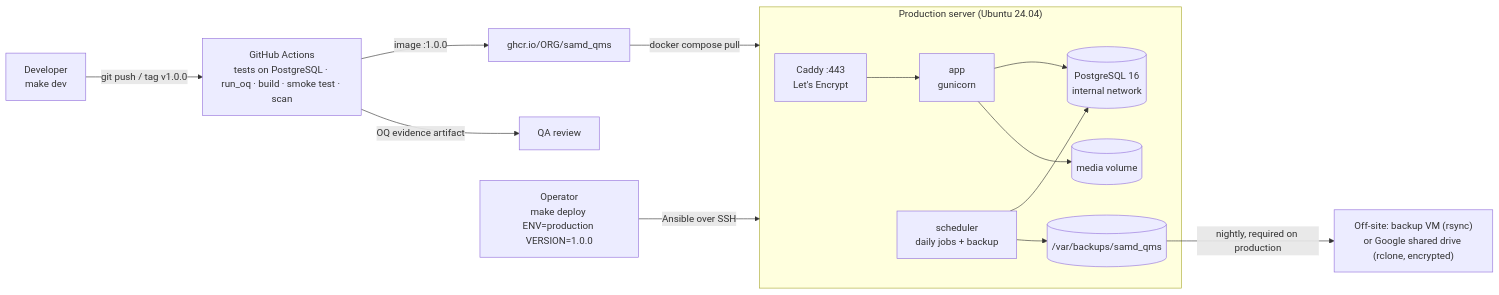
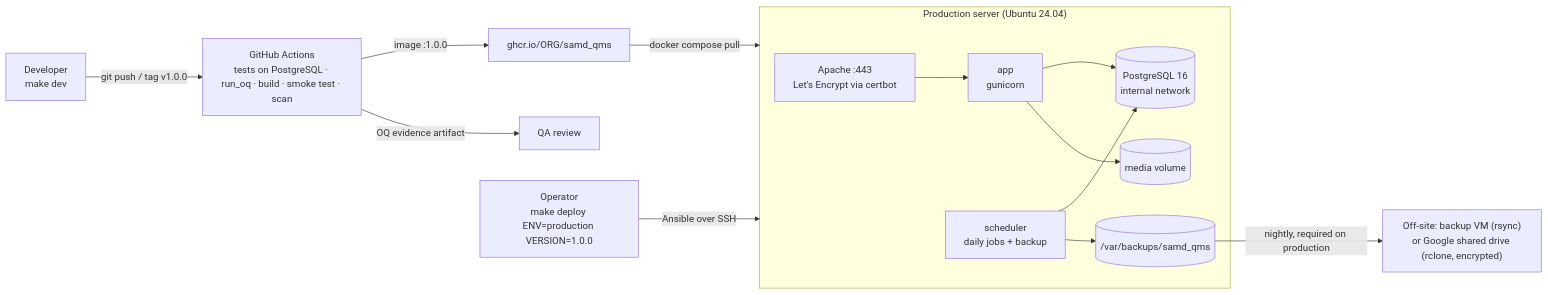
The diagram in docs/deployment.md (tartarini/eQMS), drawn with Mermaid before and after one commit. The commit also changed other lines of this file and 16 other files, not shown here.

First line of the commit message:
Serve production through Apache with Let's Encrypt; add deployment guides

````diff
--- a/docs/deployment.md
+++ b/docs/deployment.md
@@ -13,16 +13,16 @@
 ```mermaid
 flowchart LR
     Dev["Developer<br/>make dev"] -->|git push / tag v1.0.0| CI["GitHub Actions<br/>tests on PostgreSQL · run_oq · build · smoke test · scan"]
     CI -->|image :1.0.0| GHCR["ghcr.io/ORG/samd_qms"]
     CI -->|OQ evidence artifact| QA["QA review"]
     Ops["Operator<br/>make deploy ENV=production VERSION=1.0.0"] -->|Ansible over SSH| Server
     GHCR -->|docker compose pull| Server
     subgraph Server["Production server (Ubuntu 24.04)"]
-      Caddy["Caddy :443<br/>Let's Encrypt"] --> App["app<br/>gunicorn"]
+      Apache["Apache :443<br/>Let's Encrypt via certbot"] --> App["app<br/>gunicorn"]
       Scheduler["scheduler<br/>daily jobs + backup"] --> DB
       App --> DB[("PostgreSQL 16<br/>internal network")]
       App --> Media[("media volume")]
       Scheduler --> Backups[("/var/backups/samd_qms")]
     end
     Backups -->|nightly, required on production| Offsite["Off-site: backup VM (rsync)<br/>or Google shared drive (rclone, encrypted)"]
 ```
````
